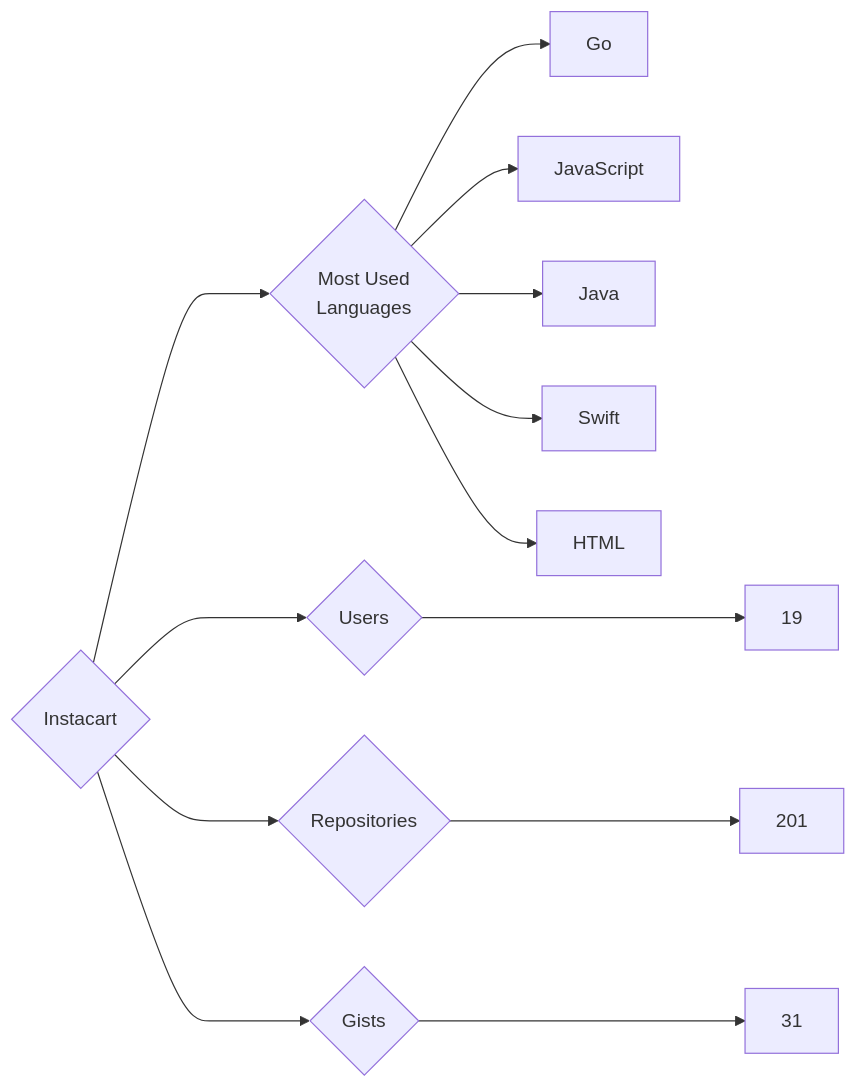
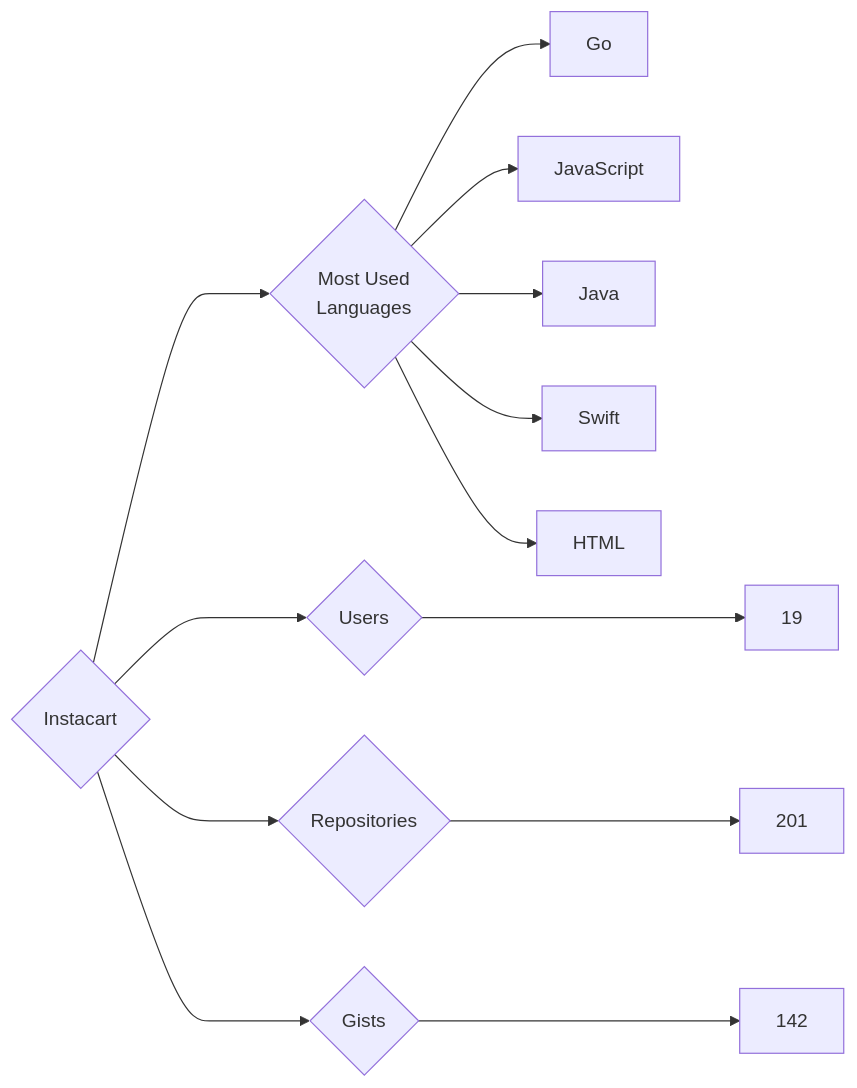
Before and after one commit to trickest/insiders: the diagram in targets/Instacart/README.md, drawn with Mermaid. The commit also changed 1030 other files, not shown here.

````diff
--- a/targets/Instacart/README.md
+++ b/targets/Instacart/README.md
@@ -3,13 +3,13 @@
 ```mermaid
 graph LR
 COMPANY_NAME{Instacart}
 COMPANY_NAME ---> U{Users} ---> UN[19]
 COMPANY_NAME ---> R{Repositories} ---> RN[201]
-COMPANY_NAME ---> G{Gists} ---> GN[31]
+COMPANY_NAME ---> G{Gists} ---> GN[142]
 COMPANY_NAME ---> ML{Most Used<br>Languages}
 ML --> Go[Go]
 ML --> JavaScript[JavaScript]
 ML --> Java[Java]
 ML --> Swift[Swift]
 ML --> HTML[HTML]
 ```
````
